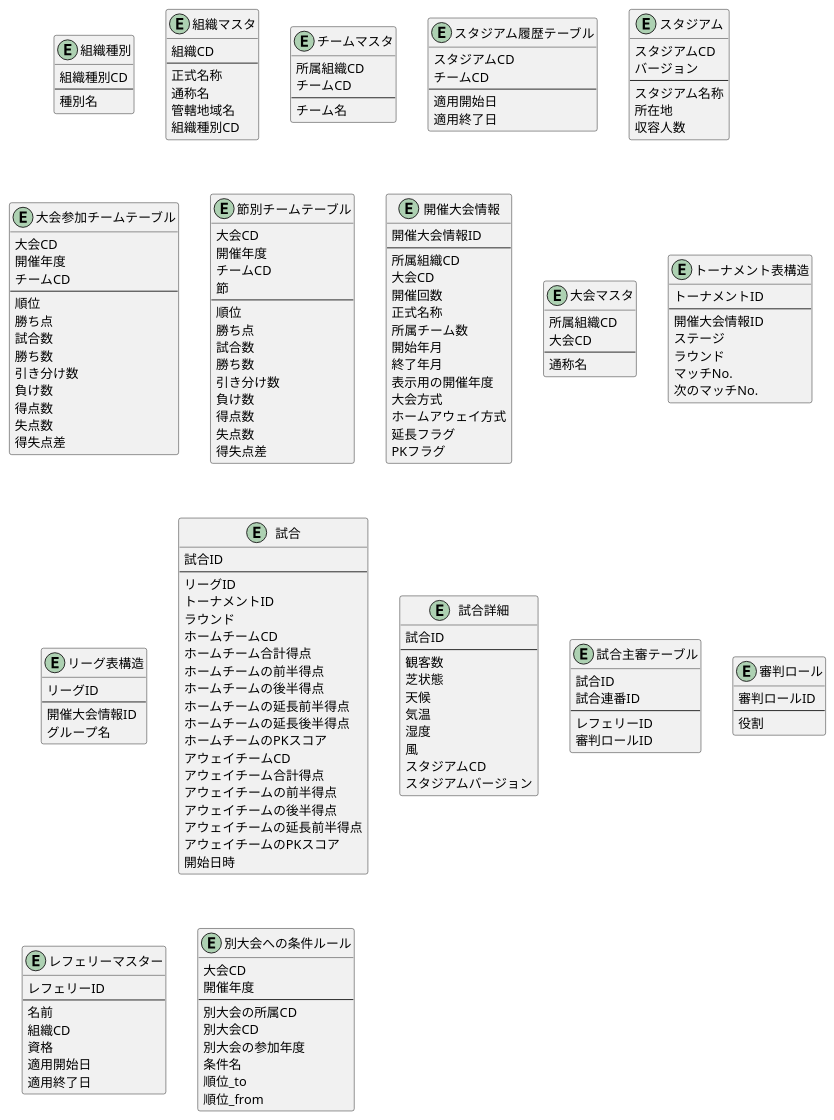
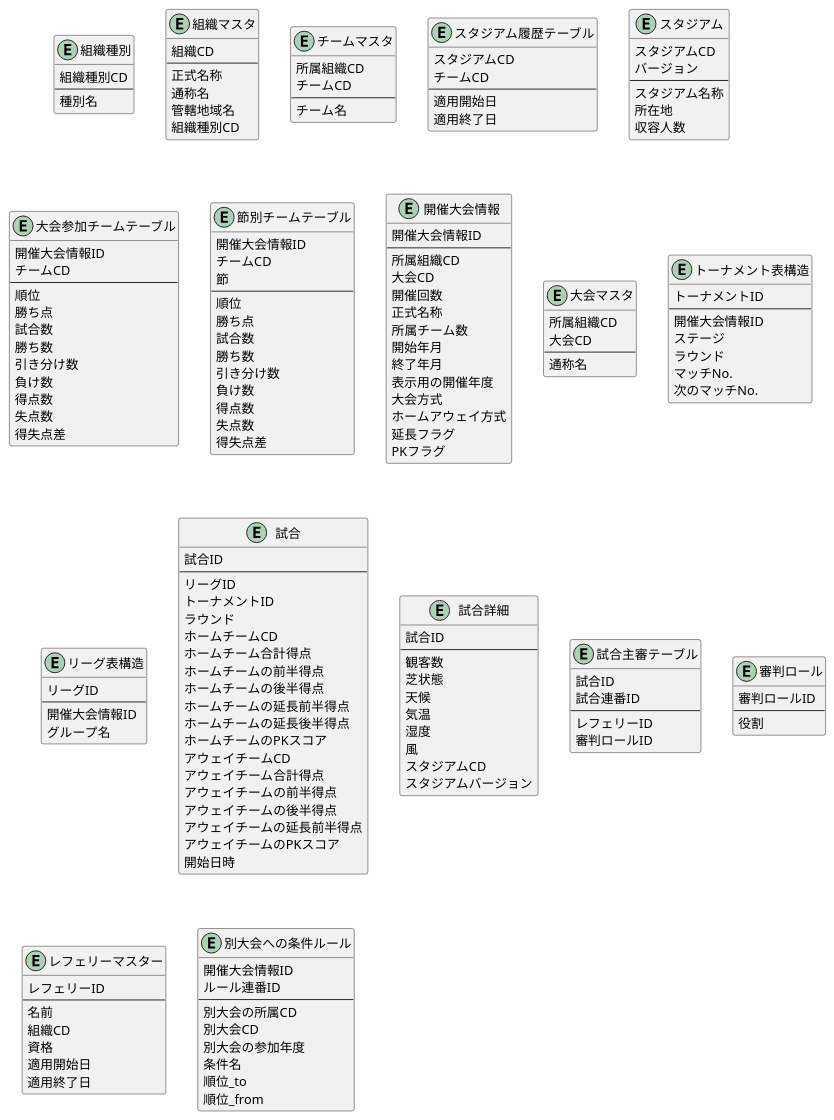
Before and after one commit to LCC-SYamada/SocckerDB_PlantUML: the diagram in soccker_db.puml, drawn with PlantUML.

Commit message:
開催大会情報テーブルをサロゲートIDにしたことによる他のテーブルの外部キーを変更

```diff
--- a/soccker_db.puml
+++ b/soccker_db.puml
@@ -1,188 +1,186 @@
 @startuml
 
 Entity "組織種別" as OrganizationType {
   組織種別CD
   --
   種別名
 }
 
 Entity "組織マスタ" as Organization {
   組織CD
   --
   正式名称
   通称名
   管轄地域名
   組織種別CD
 }
 
 Entity "チームマスタ" as Team {
   所属組織CD
   チームCD
   --
   チーム名
 }
 
 Entity "スタジアム履歴テーブル" as StadiumHistory {
   スタジアムCD
   チームCD
   --
   適用開始日
   適用終了日
 }
 
 Entity "スタジアム" as Stadium {
   スタジアムCD
   バージョン
   --
   スタジアム名称
   所在地
   収容人数
 }
 
 Entity "大会参加チームテーブル" as SeaSonTournament {
-  大会CD
-  開催年度
+  開催大会情報ID
   チームCD
   --
   順位
   勝ち点
   試合数
   勝ち数
   引き分け数
   負け数
   得点数
   失点数
   得失点差  
 }
 
 Entity "節別チームテーブル" as MatchDayRank {
-  大会CD
-  開催年度
+  開催大会情報ID
   チームCD
   節
   --
   順位
   勝ち点
   試合数
   勝ち数
   引き分け数
   負け数
   得点数
   失点数
   得失点差  
 }
 
 Entity "開催大会情報" as TournamentInfo {
   開催大会情報ID
   --
   所属組織CD
   大会CD
   開催回数
   正式名称
   所属チーム数
   開始年月
   終了年月
   表示用の開催年度
   大会方式
   ホームアウェイ方式
   延長フラグ
   PKフラグ
 }
 
 Entity "大会マスタ" as Tournament {
   所属組織CD
   大会CD
   --
   通称名
 }
 
 Entity "トーナメント表構造" as TournamentTable {
   トーナメントID
   --
   開催大会情報ID
   ステージ
   ラウンド
   マッチNo.
   次のマッチNo.
 }
 
 Entity "リーグ表構造" as LeagueTable {
   リーグID
   --
   開催大会情報ID
   グループ名
 }
 
 Entity "試合" as Match {
   試合ID
   --
   リーグID
   トーナメントID
   ラウンド
   ホームチームCD
   ホームチーム合計得点
   ホームチームの前半得点
   ホームチームの後半得点
   ホームチームの延長前半得点
   ホームチームの延長後半得点
   ホームチームのPKスコア
   アウェイチームCD
   アウェイチーム合計得点
   アウェイチームの前半得点
   アウェイチームの後半得点
   アウェイチームの延長前半得点
   アウェイチームのPKスコア
   開始日時
 }
 
 Entity "試合詳細" as MatchInfo {
   試合ID
   --
   観客数
   芝状態
   天候
   気温
   湿度
   風
   スタジアムCD
   スタジアムバージョン
 }
 
 Entity "試合主審テーブル" as MatchReferee {
   試合ID
   試合連番ID
   --
   レフェリーID
   審判ロールID
 }
 
 Entity "審判ロール" as RefereeRole {
   審判ロールID
   --
   役割
 }
 
 Entity "レフェリーマスター" as Referee {
   レフェリーID
   --
   名前
   組織CD
   資格
   適用開始日
   適用終了日
 }
 
 
 Entity "別大会への条件ルール" as TournamentDetail {
-  大会CD
-  開催年度
+  開催大会情報ID
+  ルール連番ID
   --
   別大会の所属CD
   別大会CD
   別大会の参加年度
   条件名
   順位_to
   順位_from
 }
 
 @enduml
```
